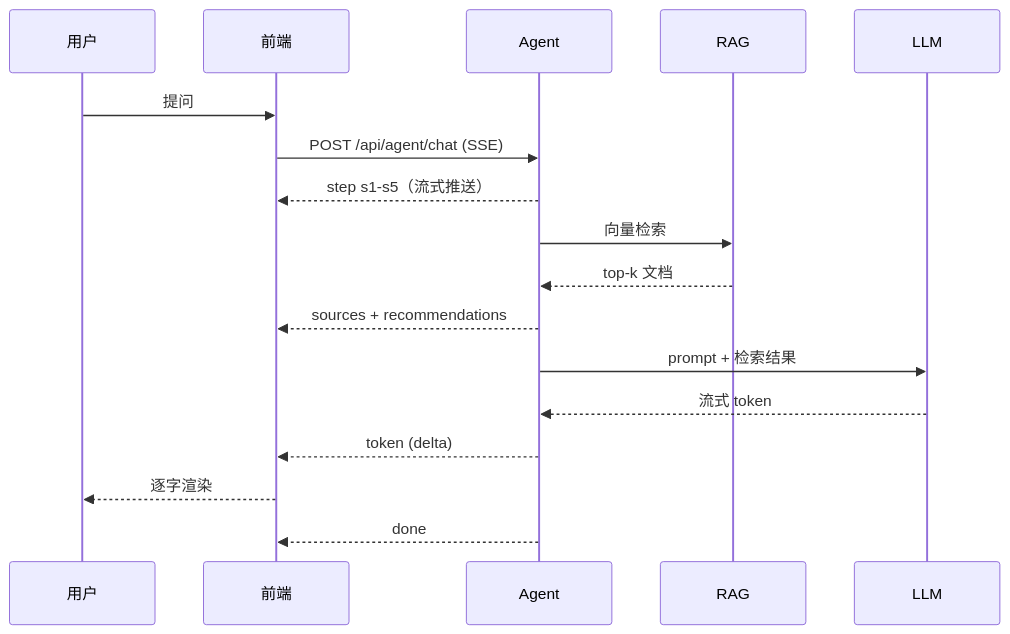
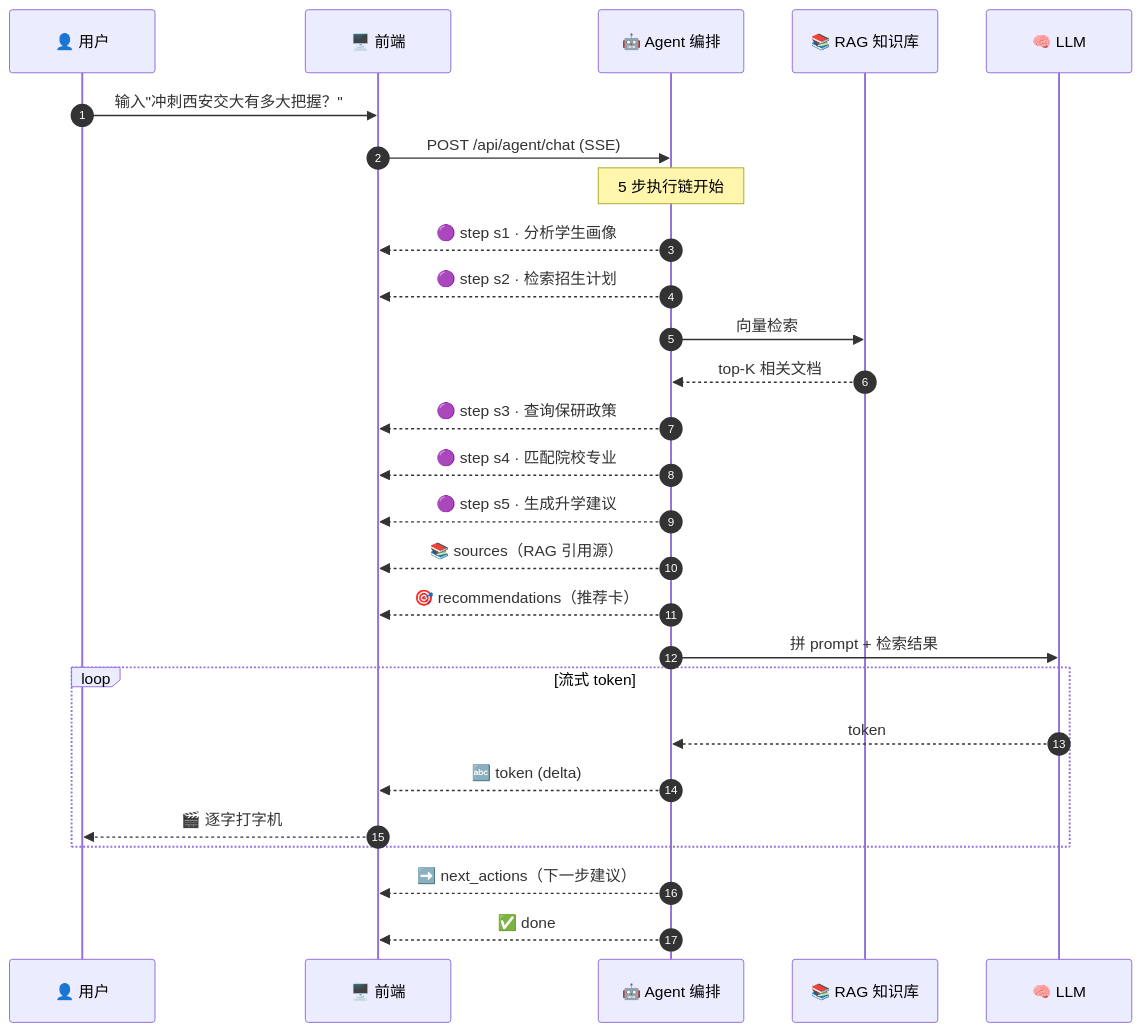
Before and after one commit to mear9713/gaokao: the second of 3 diagrams in README.md, drawn with Mermaid. The commit also changed other lines of this file, not shown here.

````diff
--- a/README.md
+++ b/README.md
@@ -156,20 +229,35 @@
 ```mermaid
 sequenceDiagram
-  participant U as 用户
-  participant F as 前端
-  participant A as Agent
-  participant R as RAG
-  participant L as LLM
+  autonumber
+  participant U as 👤 用户
+  participant F as 🖥️ 前端
+  participant A as 🤖 Agent 编排
+  participant R as 📚 RAG 知识库
+  participant L as 🧠 LLM
 
-  U->>F: 提问
+  U->>F: 输入"冲刺西安交大有多大把握？"
   F->>A: POST /api/agent/chat (SSE)
-  A-->>F: step s1-s5（流式推送）
+
+  Note over A: 5 步执行链开始
+
+  A-->>F: 🟣 step s1 · 分析学生画像
+  A-->>F: 🟣 step s2 · 检索招生计划
   A->>R: 向量检索
-  R-->>A: top-k 文档
-  A-->>F: sources + recommendations
-  A->>L: prompt + 检索结果
-  L-->>A: 流式 token
-  A-->>F: token (delta)
-  F-->>U: 逐字渲染
-  A-->>F: done
+  R-->>A: top-K 相关文档
+  A-->>F: 🟣 step s3 · 查询保研政策
+  A-->>F: 🟣 step s4 · 匹配院校专业
+  A-->>F: 🟣 step s5 · 生成升学建议
+
+  A-->>F: 📚 sources（RAG 引用源）
+  A-->>F: 🎯 recommendations（推荐卡）
+
+  A->>L: 拼 prompt + 检索结果
+  loop 流式 token
+    L-->>A: token
+    A-->>F: 🔤 token (delta)
+    F-->>U: 🎬 逐字打字机
+  end
+
+  A-->>F: ➡️ next_actions（下一步建议）
+  A-->>F: ✅ done
 ```
````
